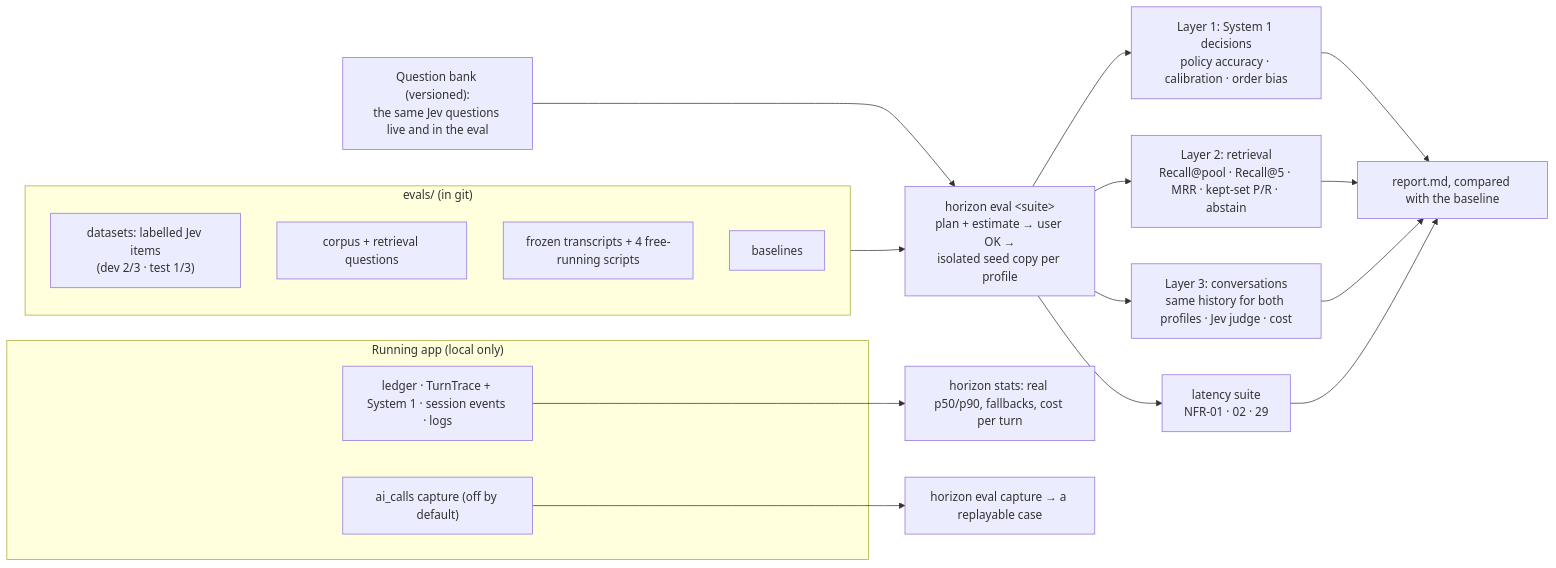
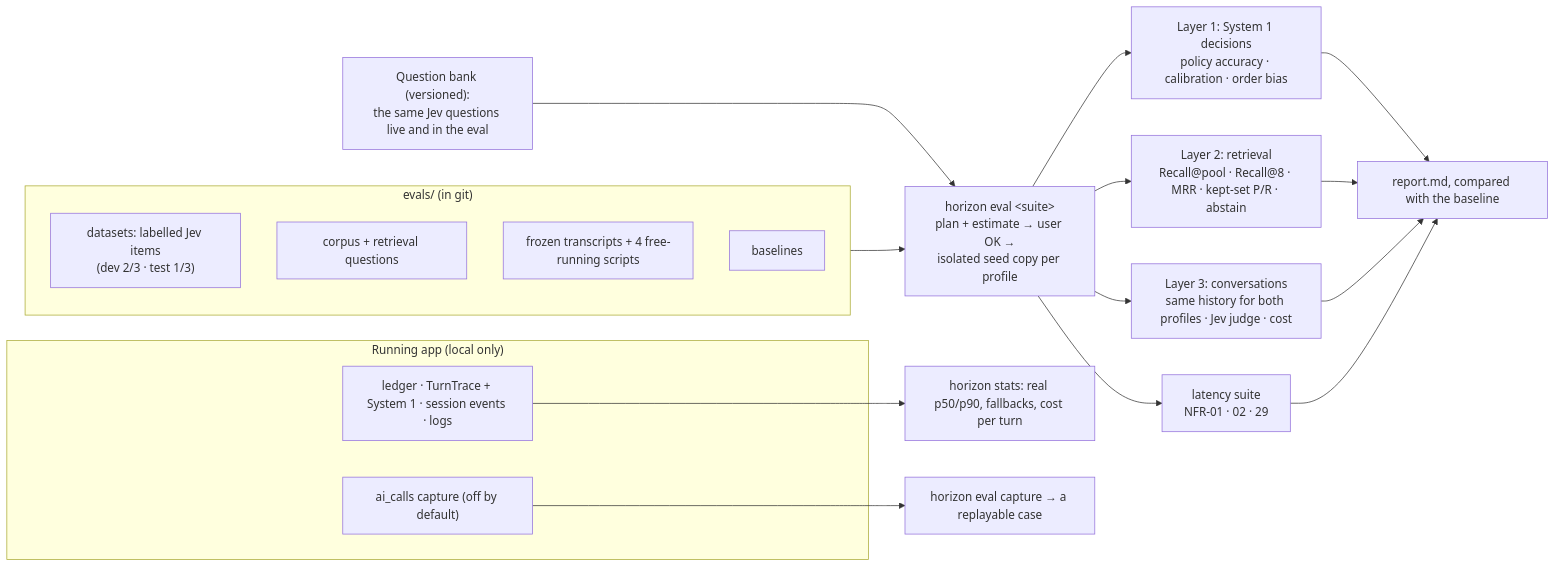
Before and after one commit to weihang369/Horizon: the diagram in docs/ai/02-evaluation-observability.md, drawn with Mermaid. The commit also changed other lines of this file and 9 other files, not shown here.

````diff
--- a/docs/ai/02-evaluation-observability.md
+++ b/docs/ai/02-evaluation-observability.md
@@ -99,27 +99,27 @@
 ```mermaid
 flowchart LR
     subgraph REPO["evals/ (in git)"]
         D1["datasets: labelled Jev items<br/>(dev 2/3 · test 1/3)"]
         D2["corpus + retrieval questions"]
         D3["frozen transcripts + 4 free-running scripts"]
         BL["baselines"]
     end
     QB["Question bank (versioned):<br/>the same Jev questions live and in the eval"]
     CLI["horizon eval &lt;suite&gt;<br/>plan + estimate → user OK →<br/>isolated seed copy per profile"]
     REPO --> CLI
     QB --> CLI
     CLI --> L1["Layer 1: System 1 decisions<br/>policy accuracy · calibration · order bias"]
-    CLI --> L2["Layer 2: retrieval<br/>Recall@pool · Recall@5 · MRR · kept-set P/R · abstain"]
+    CLI --> L2["Layer 2: retrieval<br/>Recall@pool · Recall@8 · MRR · kept-set P/R · abstain"]
     CLI --> L3["Layer 3: conversations<br/>same history for both profiles · Jev judge · cost"]
     CLI --> LT["latency suite<br/>NFR-01 · 02 · 29"]
     L1 --> R["report.md, compared with the baseline"]
     L2 --> R
     L3 --> R
     LT --> R
     subgraph APP["Running app (local only)"]
         T["ledger · TurnTrace + System 1 · session events · logs"]
         C["ai_calls capture (off by default)"]
     end
     T --> S["horizon stats: real p50/p90, fallbacks, cost per turn"]
     C --> CAP["horizon eval capture → a replayable case"]
 ```
````
